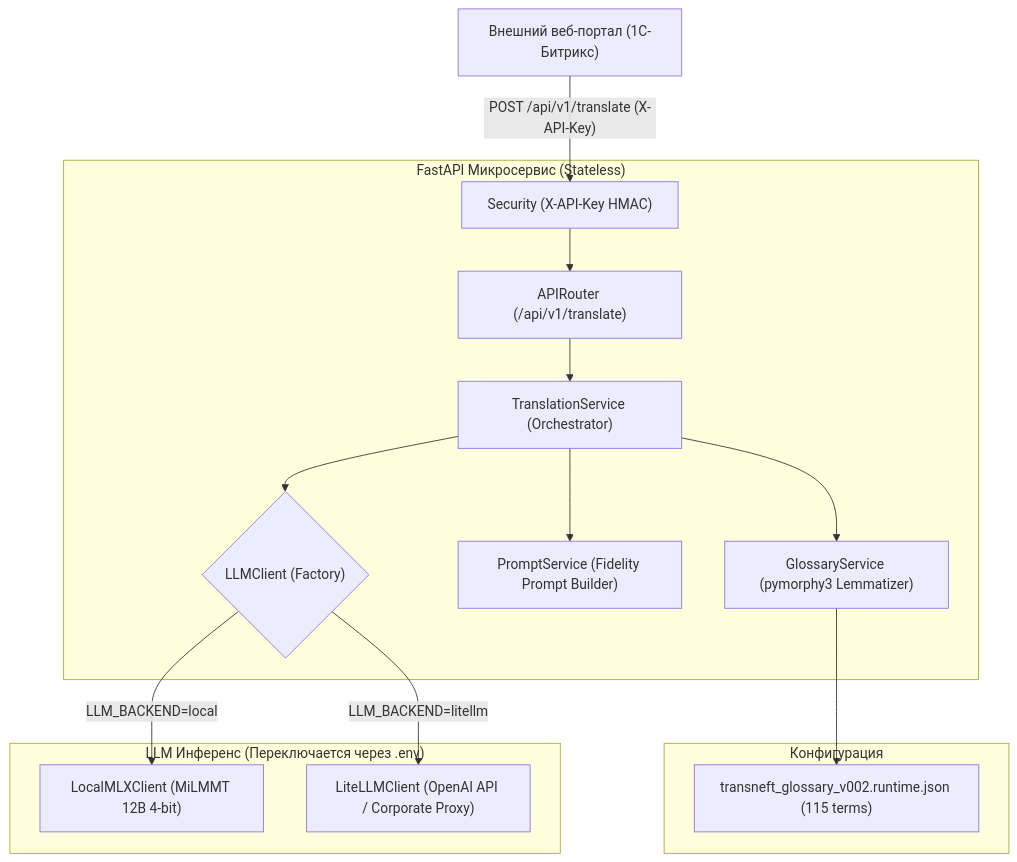
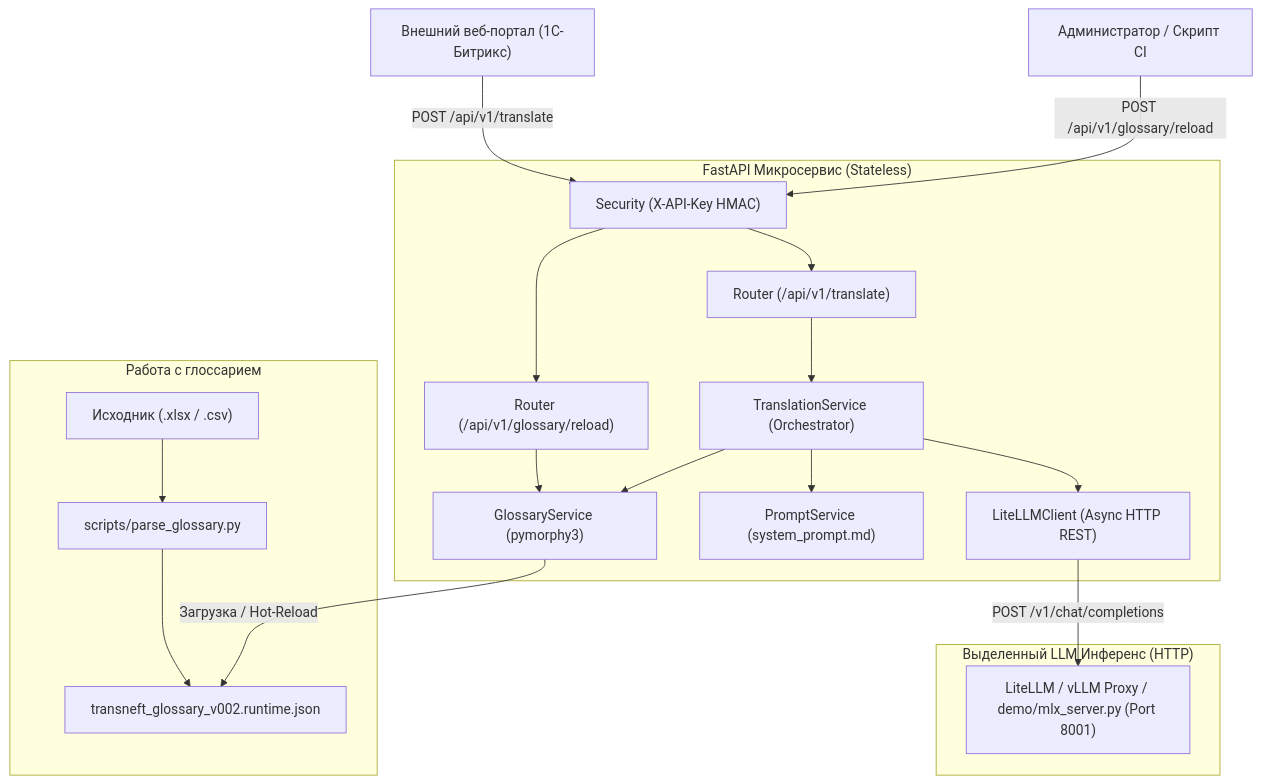
Before and after one commit to fewewra/prism-agent-news-translator: the diagram in docs/assets/architecture.mmd, drawn with Mermaid. The commit also changed 4 other files, not shown here.

Commit message:
AICHAT-582: Обновлены Mermaid диаграммы, OpenAPI спецификация и методология под чистую HTTP REST архитектуру

```diff
--- a/docs/assets/architecture.mmd
+++ b/docs/assets/architecture.mmd
@@ -1,30 +1,41 @@
 graph TD
     Client["Внешний веб-портал (1С-Битрикс)"]
+    Admin["Администратор / Скрипт CI"]
     
     subgraph FastAPI_Microservice["FastAPI Микросервис (Stateless)"]
-        Router["APIRouter (/api/v1/translate)"]
         Security["Security (X-API-Key HMAC)"]
+        RouterTranslate["Router (/api/v1/translate)"]
+        RouterReload["Router (/api/v1/glossary/reload)"]
         TransSvc["TranslationService (Orchestrator)"]
-        GlossarySvc["GlossaryService (pymorphy3 Lemmatizer)"]
-        PromptSvc["PromptService (Fidelity Prompt Builder)"]
-        LLMClient{"LLMClient (Factory)"}
+        GlossarySvc["GlossaryService (pymorphy3)"]
+        PromptSvc["PromptService (system_prompt.md)"]
+        LLMClient["LiteLLMClient (Async HTTP REST)"]
     end
     
-    subgraph GlossaryData["Конфигурация"]
-        RuntimeJSON["transneft_glossary_v002.runtime.json (115 terms)"]
+    subgraph GlossaryPipeline["Работа с глоссарием"]
+        ExcelData["Исходник (.xlsx / .csv)"]
+        ParserCLI["scripts/parse_glossary.py"]
+        RuntimeJSON["transneft_glossary_v002.runtime.json"]
     end
 
-    subgraph LLM_Backends["LLM Инференс (Переключается через .env)"]
-        LocalMLX["LocalMLXClient (MiLMMT 12B 4-bit)"]
-        LiteLLM["LiteLLMClient (OpenAI API / Corporate Proxy)"]
+    subgraph LLM_Inference_Server["Выделенный LLM Инференс (HTTP)"]
+        LLMProxy["LiteLLM / vLLM Proxy / demo/mlx_server.py (Port 8001)"]
     end
 
-    Client -- "POST /api/v1/translate (X-API-Key)" --> Security
-    Security --> Router
-    Router --> TransSvc
+    Client -- "POST /api/v1/translate" --> Security
+    Admin -- "POST /api/v1/glossary/reload" --> Security
+    Security --> RouterTranslate
+    Security --> RouterReload
+    
+    RouterTranslate --> TransSvc
+    RouterReload --> GlossarySvc
+    
     TransSvc --> GlossarySvc
-    GlossarySvc --> RuntimeJSON
     TransSvc --> PromptSvc
     TransSvc --> LLMClient
-    LLMClient -- "LLM_BACKEND=local" --> LocalMLX
-    LLMClient -- "LLM_BACKEND=litellm" --> LiteLLM
+    
+    ExcelData --> ParserCLI
+    ParserCLI --> RuntimeJSON
+    GlossarySvc -- "Загрузка / Hot-Reload" --> RuntimeJSON
+    
+    LLMClient -- "POST /v1/chat/completions" --> LLMProxy
```
